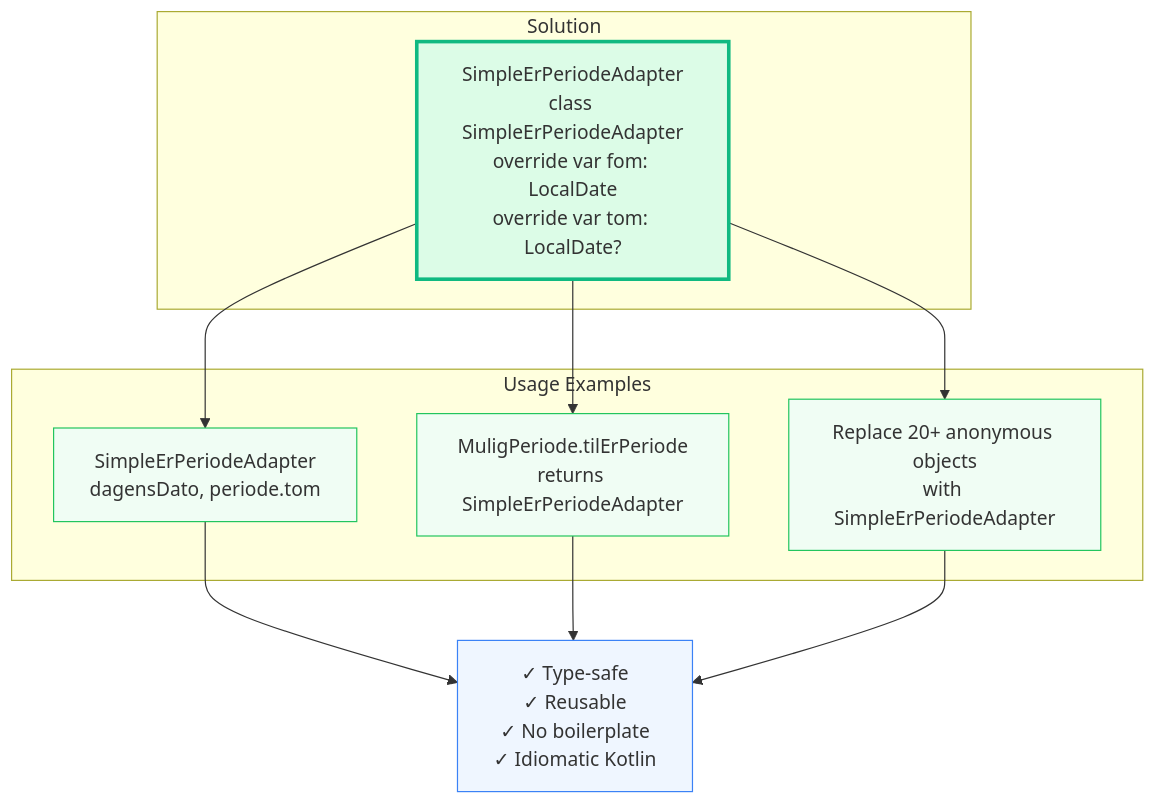
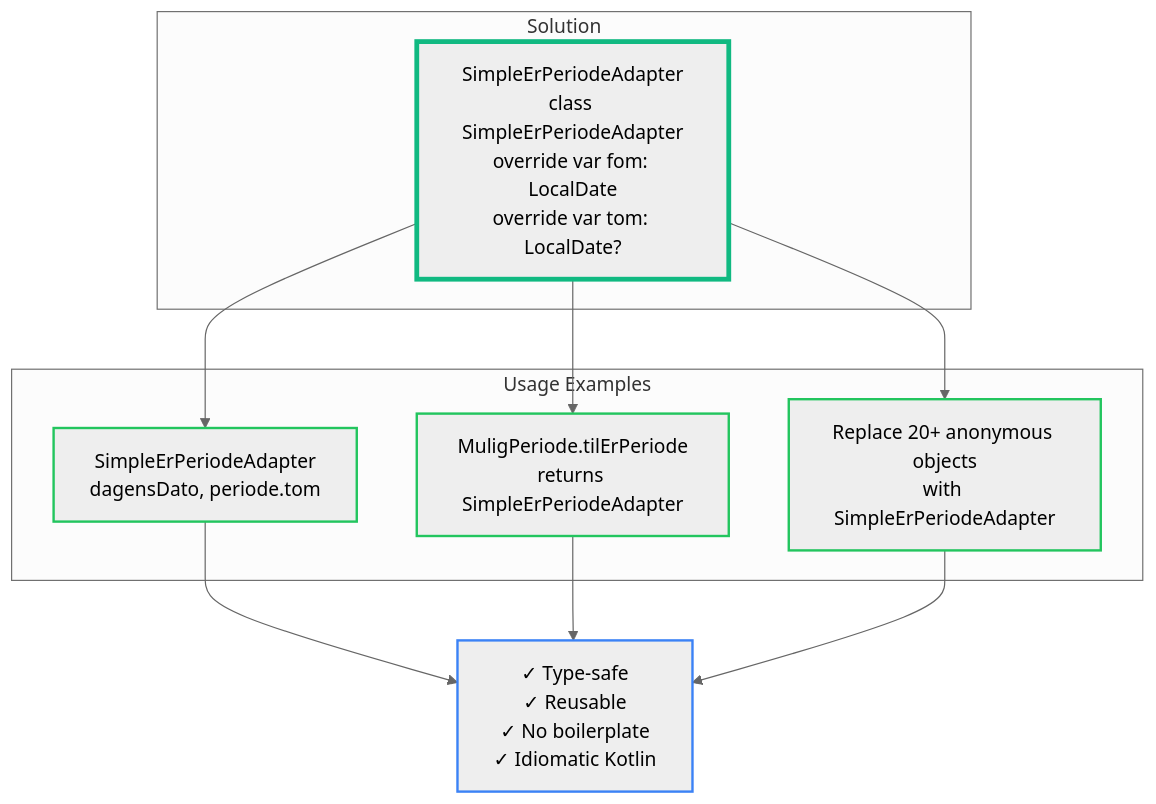
Before and after one commit to navikt/melosys-api: the third of 5 diagrams in ErPeriode-Solution.md, drawn with Mermaid. The commit also changed other lines of this file, not shown here.

Commit message:
Legg til ErPeriode-Solution.md

````diff
--- a/ErPeriode-Solution.md
+++ b/ErPeriode-Solution.md
@@ -126,28 +132,31 @@
 ```mermaid
+%%{init: {'theme':'neutral'}}%%
 graph TB
     subgraph "Solution"
         SEA[SimpleErPeriodeAdapter<br/>class SimpleErPeriodeAdapter<br/>override var fom: LocalDate<br/>override var tom: LocalDate?]
-        style SEA fill:#dcfce7,stroke:#10b981,stroke-width:3px
     end
 
     subgraph "Usage Examples"
         U1[SimpleErPeriodeAdapter<br/>dagensDato, periode.tom]
         U2[MuligPeriode.tilErPeriode<br/>returns SimpleErPeriodeAdapter]
         U3[Replace 20+ anonymous objects<br/>with SimpleErPeriodeAdapter]
-
-        style U1 fill:#f0fdf4,stroke:#22c55e
-        style U2 fill:#f0fdf4,stroke:#22c55e
-        style U3 fill:#f0fdf4,stroke:#22c55e
     end
 
     SEA --> U1
     SEA --> U2
     SEA --> U3
 
     Benefits[✓ Type-safe<br/>✓ Reusable<br/>✓ No boilerplate<br/>✓ Idiomatic Kotlin]
-    style Benefits fill:#eff6ff,stroke:#3b82f6
 
     U1 --> Benefits
     U2 --> Benefits
     U3 --> Benefits
+
+    classDef solutionClass stroke:#10b981,stroke-width:4px
+    classDef usageClass stroke:#22c55e,stroke-width:2px
+    classDef benefitClass stroke:#3b82f6,stroke-width:2px
+
+    class SEA solutionClass
+    class U1,U2,U3 usageClass
+    class Benefits benefitClass
 ```
````
